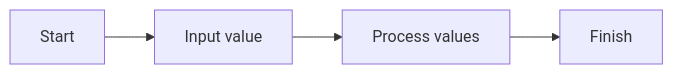
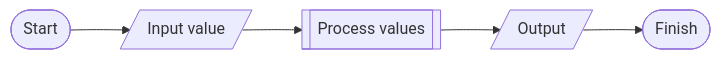
Before and after one commit to LucasBarretto86/LearningMermaid: diagram 22 of 24 in README.md, drawn with Mermaid. The commit also changed other lines of this file, not shown here.

Commit message:
Subgraph to flowcharts

````diff
--- a/README.md
+++ b/README.md
@@ -269,6 +291,7 @@
 ```mermaid
 graph LR
-  A[Start] --> B[Input value]
-  B --> C[Process values]
-  C --> D[Finish]
+  A([Start]) --> B[/Input value/]
+  B --> C[[Process values]]
+  C --> D[/Output/]
+  D --> E([Finish])
 ```
````
